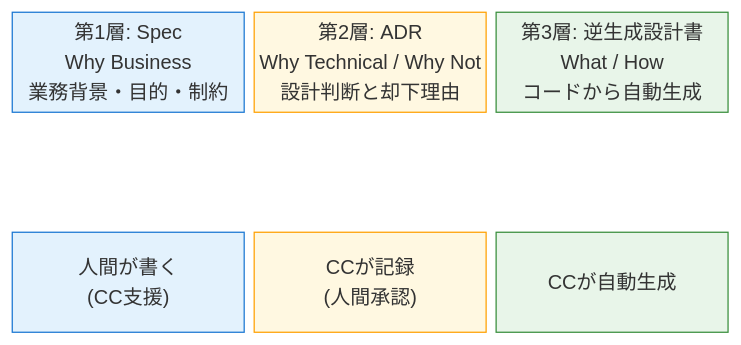
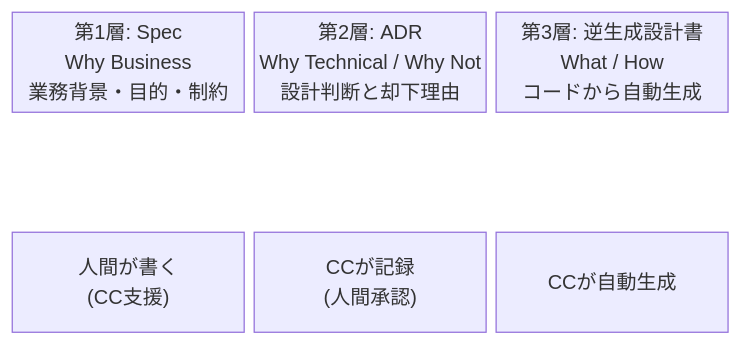
Before and after one commit to SeckeyJP/j-six-articles: the first of 3 diagrams in articles/j-six-00-overview.md, drawn with Mermaid. The commit also changed other lines of this file, not shown here.

Commit message:
Remove custom Mermaid colors for dark mode compatibility
Qiita/Zenn dark mode renders custom fill colors with poor contrast.
Removing style directives lets the platform theme handle colors.

````diff
--- a/articles/j-six-00-overview.md
+++ b/articles/j-six-00-overview.md
@@ -77,18 +77,12 @@
 ```mermaid
 block-beta
   columns 3
   L1["第1層: Spec\nWhy Business\n業務背景・目的・制約"]:1
   L2["第2層: ADR\nWhy Technical / Why Not\n設計判断と却下理由"]:1
   L3["第3層: 逆生成設計書\nWhat / How\nコードから自動生成"]:1
   space:3
   D1["人間が書く\n(CC支援)"]:1
   D2["CCが記録\n(人間承認)"]:1
   D3["CCが自動生成"]:1
 
-  style L1 fill:#e3f2fd,stroke:#1976D2
-  style L2 fill:#fff8e1,stroke:#FFA000
-  style L3 fill:#e8f5e9,stroke:#388E3C
-  style D1 fill:#e3f2fd,stroke:#1976D2
-  style D2 fill:#fff8e1,stroke:#FFA000
-  style D3 fill:#e8f5e9,stroke:#388E3C
 ```
````
